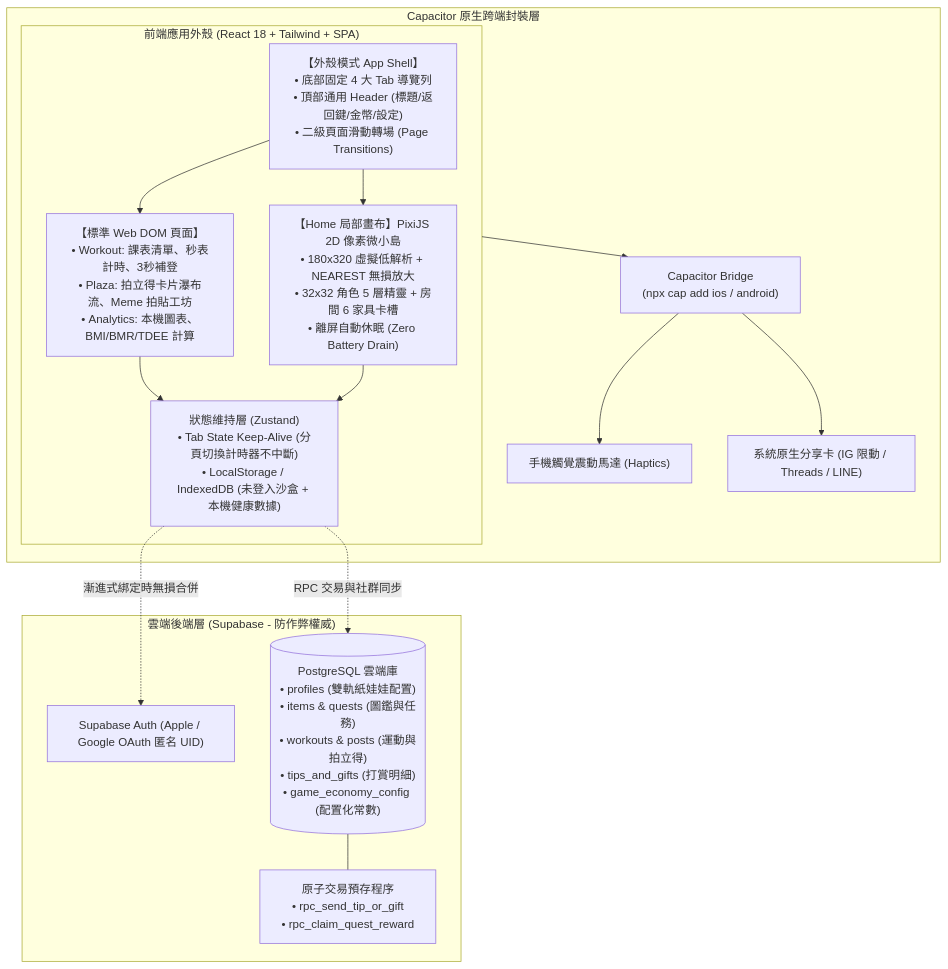
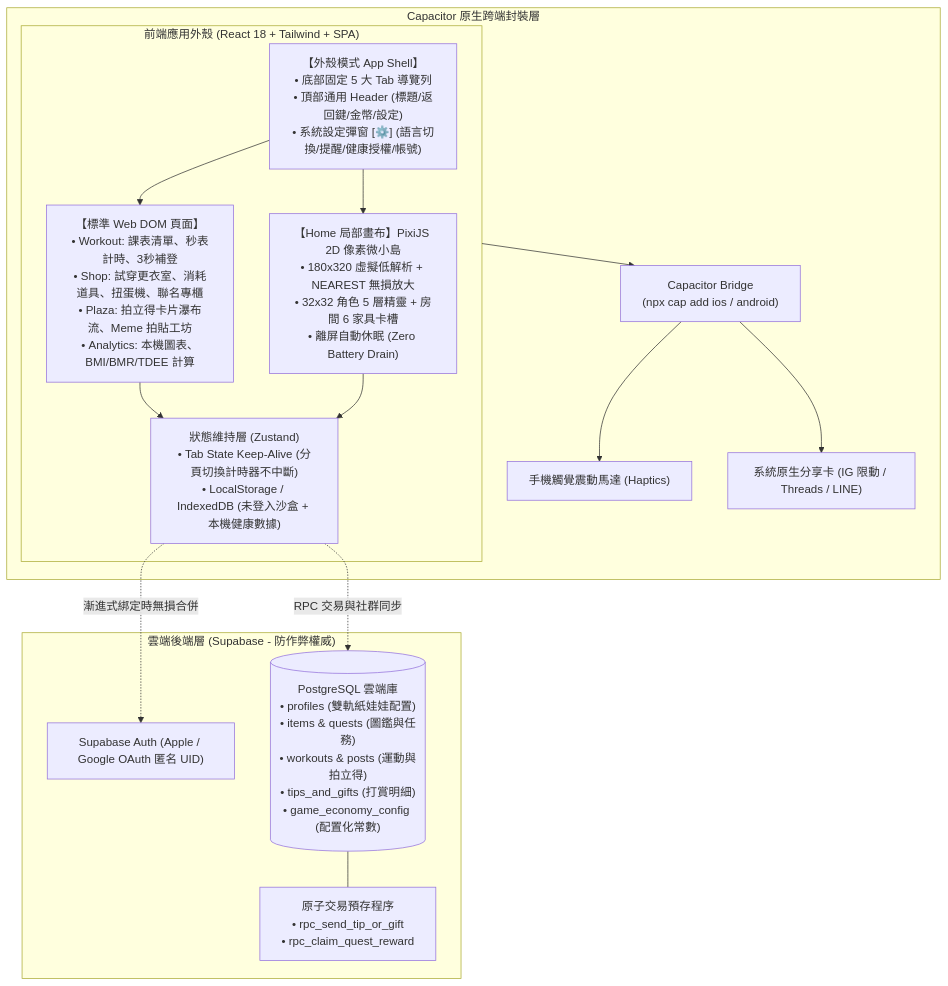
The diagram in llm-wiki/wiki/tech_architecture.md (yuchienw/Fitmon), drawn with Mermaid before and after one commit. The commit also changed other lines of this file and 9 other files, not shown here.

````diff
--- a/llm-wiki/wiki/tech_architecture.md
+++ b/llm-wiki/wiki/tech_architecture.md
@@ -43,37 +46,37 @@
 ```mermaid
 flowchart TB
     subgraph Client ["前端應用外殼 (React 18 + Tailwind + SPA)"]
-        AppShell["【外殼模式 App Shell】\n• 底部固定 4 大 Tab 導覽列\n• 頂部通用 Header (標題/返回鍵/金幣/設定)\n• 二級頁面滑動轉場 (Page Transitions)"]
+        AppShell["【外殼模式 App Shell】\n• 底部固定 5 大 Tab 導覽列\n• 頂部通用 Header (標題/返回鍵/金幣/設定)\n• 系統設定彈窗 [⚙️] (語言切換/提醒/健康授權/帳號)"]
         
         EmbeddedCanvas["【Home 局部畫布】PixiJS 2D 像素微小島\n• 180x320 虛擬低解析 + NEAREST 無損放大\n• 32x32 角色 5 層精靈 + 房間 6 家具卡槽\n• 離屏自動休眠 (Zero Battery Drain)"]
         
-        DOMPages["【標準 Web DOM 頁面】\n• Workout: 課表清單、秒表計時、3秒補登\n• Plaza: 拍立得卡片瀑布流、Meme 拍貼工坊\n• Analytics: 本機圖表、BMI/BMR/TDEE 計算"]
+        DOMPages["【標準 Web DOM 頁面】\n• Workout: 課表清單、秒表計時、3秒補登\n• Shop: 試穿更衣室、消耗道具、扭蛋機、聯名專櫃\n• Plaza: 拍立得卡片瀑布流、Meme 拍貼工坊\n• Analytics: 本機圖表、BMI/BMR/TDEE 計算"]
 
         StateLayer["狀態維持層 (Zustand)\n• Tab State Keep-Alive (分頁切換計時器不中斷)\n• LocalStorage / IndexedDB (未登入沙盒 + 本機健康數據)"]
 
         AppShell --> DOMPages
         AppShell --> EmbeddedCanvas
         DOMPages --> StateLayer
         EmbeddedCanvas --> StateLayer
     end
 
     subgraph NativeWrapper ["Capacitor 原生跨端封裝層"]
         Capacitor["Capacitor Bridge\n(npx cap add ios / android)"]
         Haptics["手機觸覺震動馬達 (Haptics)"]
         SharePlugin["系統原生分享卡 (IG 限動 / Threads / LINE)"]
         
         Client --> Capacitor
         Capacitor --> Haptics
         Capacitor --> SharePlugin
     end
 
     subgraph Cloud ["雲端後端層 (Supabase - 防作弊權威)"]
         Auth["Supabase Auth (Apple / Google OAuth 匿名 UID)"]
         DB[("PostgreSQL 雲端庫\n• profiles (雙軌紙娃娃配置)\n• items & quests (圖鑑與任務)\n• workouts & posts (運動與拍立得)\n• tips_and_gifts (打賞明細)\n• game_economy_config (配置化常數)")]
         RPC["原子交易預存程序\n• rpc_send_tip_or_gift\n• rpc_claim_quest_reward"]
 
         StateLayer -.->|"漸進式綁定時無損合併"| Auth
         StateLayer -.->|"RPC 交易與社群同步"| DB
         DB --- RPC
     end
 ```
````
